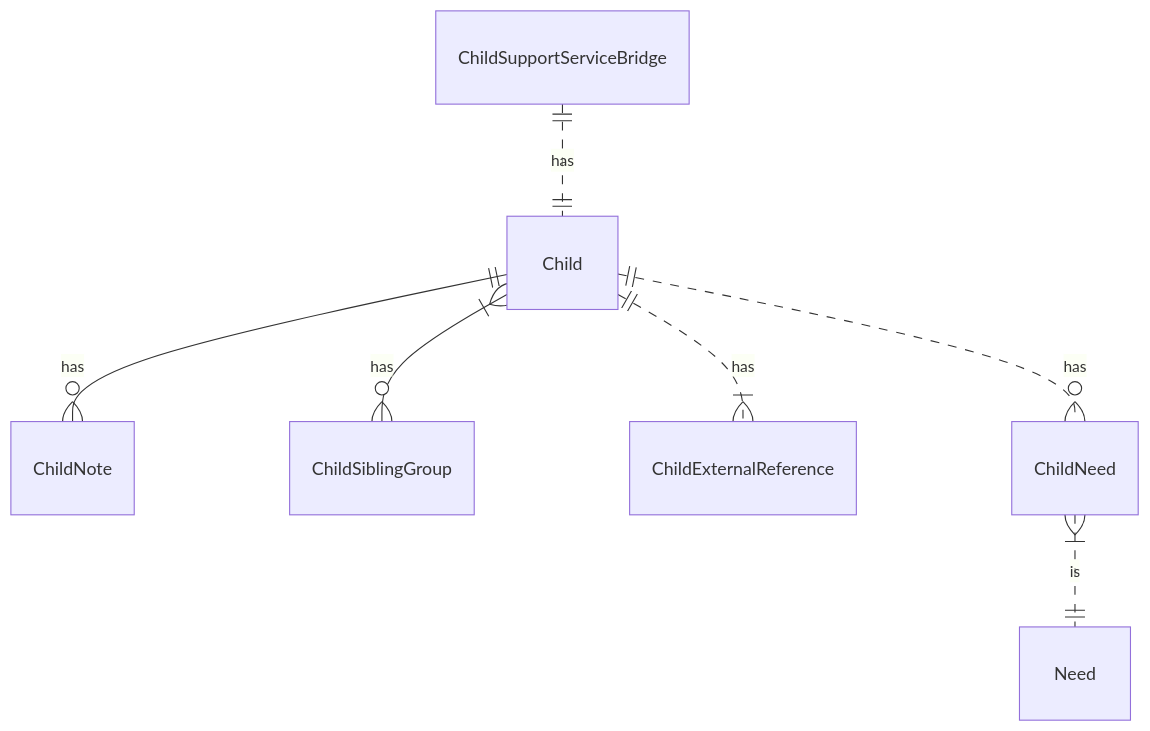
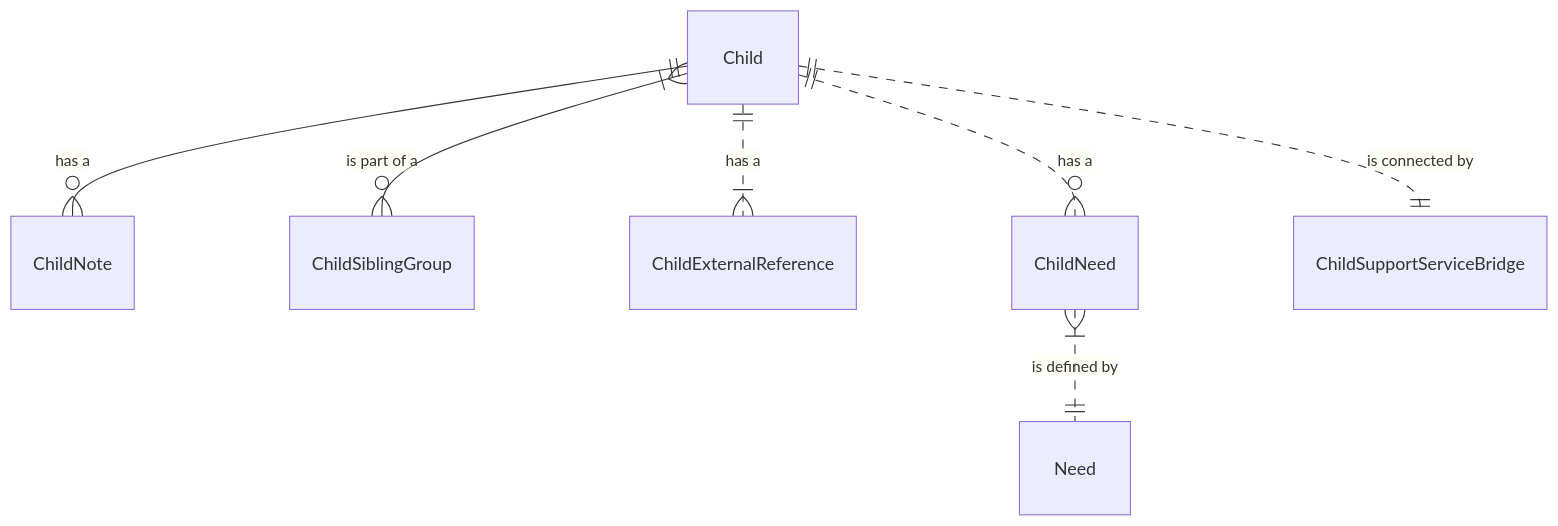
Before and after one commit to placementdatacollaboration/cpp_data_model: the first of 8 diagrams in README.md, drawn with Mermaid. The commit also changed other lines of this file, not shown here.

Commit message:
Updated relationships, and connective language in diagrams

````diff
--- a/README.md
+++ b/README.md
@@ -11,9 +11,9 @@
 ```mermaid
 erDiagram
-    Child ||--o{ ChildNote : has
-    Child }|--o{ ChildSiblingGroup : has
-    Child ||..|{ ChildExternalReference : has
-    Child ||..o{ ChildNeed: has
-    ChildNeed }|..|| Need: is
-    ChildSupportServiceBridge ||..|| Child: has
+    Child ||--o{ ChildNote : "has a"
+    Child }|--o{ ChildSiblingGroup : "is part of a"
+    Child ||..|{ ChildExternalReference : "has a"
+    Child ||..o{ ChildNeed: "has a"
+    ChildNeed }|..|| Need: "is defined by"
+    Child ||..|| ChildSupportServiceBridge: "is connected by"
 ```
````
